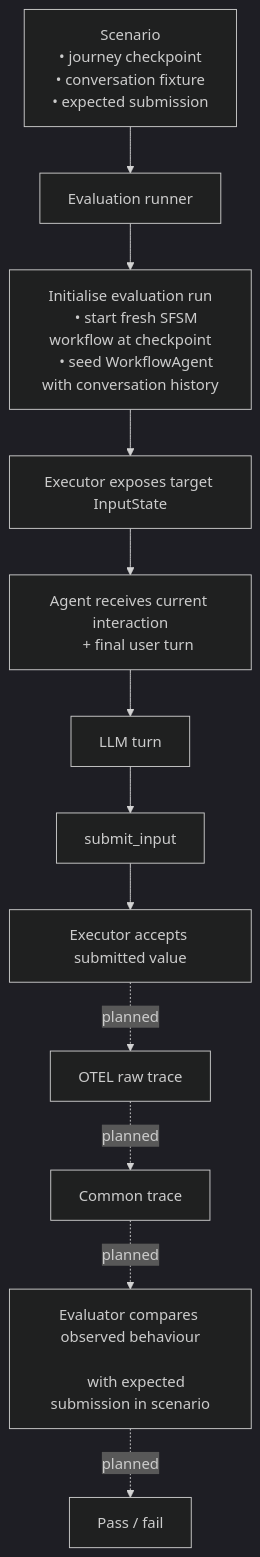
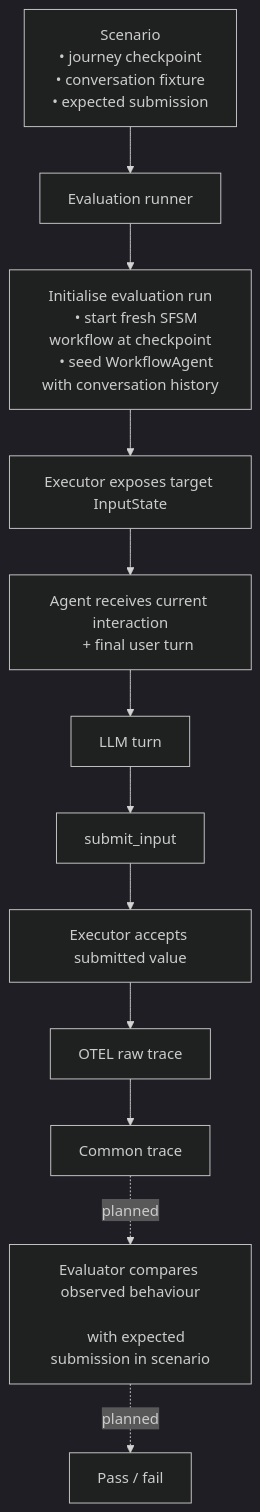
One commit to govuk-once/govuk-agentic-legibility changed the diagram in durable_poc/evaluation/EVALS_README.md. Above: the diagram before and after it, drawn with Mermaid (dark theme). The commit also changed other lines of this file and 3 other files, not shown here.

````diff
--- a/durable_poc/evaluation/EVALS_README.md
+++ b/durable_poc/evaluation/EVALS_README.md
@@ -13,46 +13,46 @@
 ```mermaid
 flowchart TD
     S["Scenario
     • journey checkpoint
     • conversation fixture
     • expected submission"]
 
     R["Evaluation runner"]
 
     SETUP["Initialise evaluation run
     • start fresh SFSM workflow at checkpoint
     • seed WorkflowAgent with conversation history"]
 
     I["Executor exposes target InputState"]
 
     A["Agent receives current interaction
     + final user turn"]
 
     M["LLM turn"]
 
     T["submit_input"]
 
     V["Executor accepts submitted value"]
 
     OT["OTEL raw trace"]
 
     CT["Common trace"]
 
     E["Evaluator compares observed behaviour<br/>
     with expected submission in scenario"]
 
     P["Pass / fail"]
 
     S --> R
     R --> SETUP
     SETUP --> I
     I --> A
     A --> M
     M --> T
     T --> V
 
-    V -. "planned" .-> OT
-    OT -. "planned" .-> CT
+    V --> OT
+    OT --> CT
     CT -. "planned" .-> E
     E -. "planned" .-> P
 ```
````
